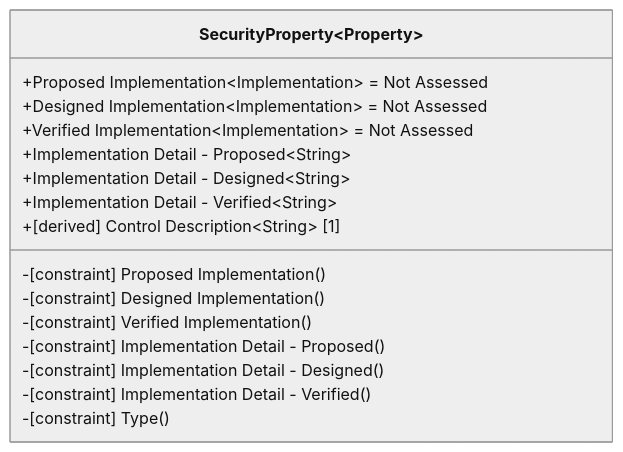
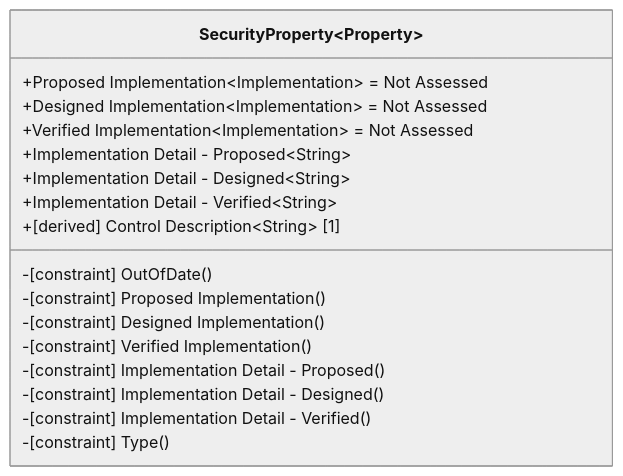
Diagram 36 of 47 in Documentation/stereotypes.md (stuartfowler/CEMT), drawn with Mermaid (neutral theme) before and after one commit. The commit also changed other lines of this file and 5 other files, not shown here.

````diff
--- a/Documentation/stereotypes.md
+++ b/Documentation/stereotypes.md
@@ -803,19 +803,20 @@
 ```mermaid
     classDiagram
         class SecurityProperty~Property~ {
             +Proposed Implementation~Implementation~ = Not Assessed
             +Designed Implementation~Implementation~ = Not Assessed
             +Verified Implementation~Implementation~ = Not Assessed
             +Implementation Detail - Proposed~String~
             +Implementation Detail - Designed~String~
             +Implementation Detail - Verified~String~
             +[derived] Control Description~String~ [1]
+            -[constraint] OutOfDate()
             -[constraint] Proposed Implementation()
             -[constraint] Designed Implementation()
             -[constraint] Verified Implementation()
             -[constraint] Implementation Detail - Proposed()
             -[constraint] Implementation Detail - Designed()
             -[constraint] Implementation Detail - Verified()
             -[constraint] Type()
         }
 ```
````
